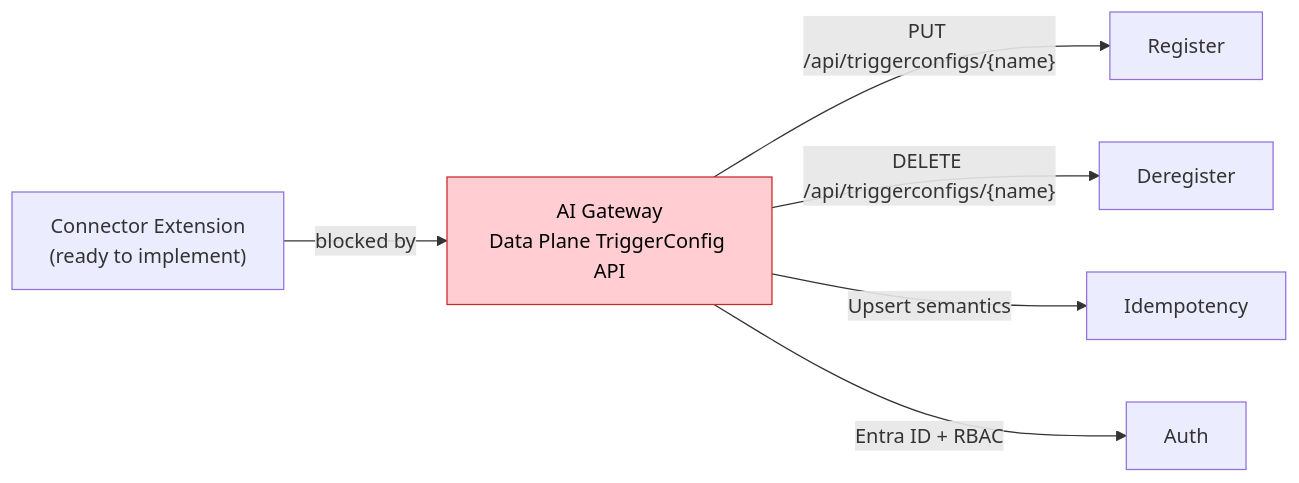
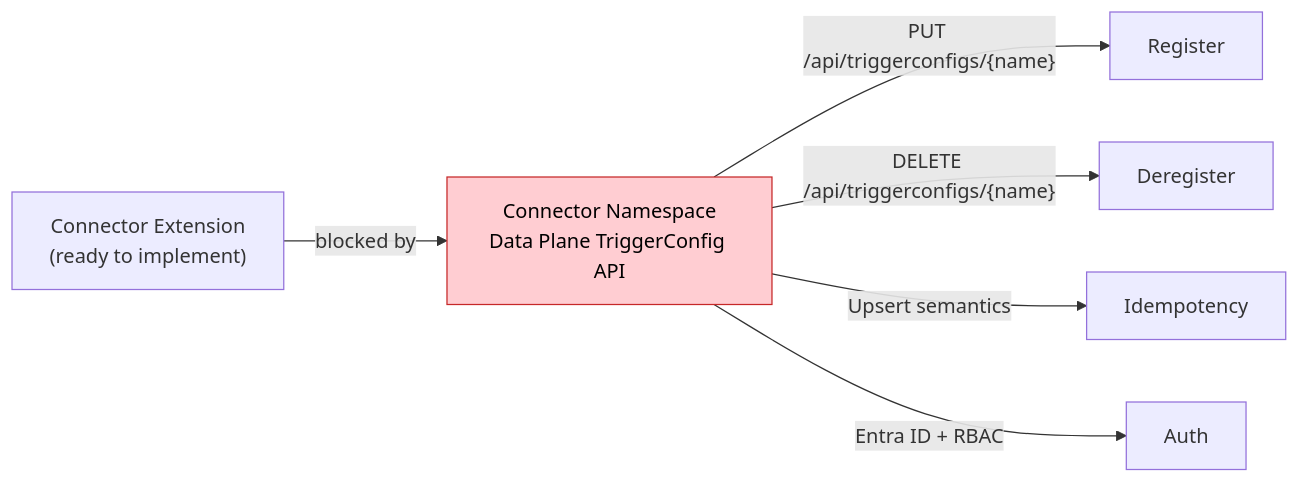
Before and after one commit to Azure/azure-functions-connector-extension: the third of 9 diagrams in docs/webhook-auto-registration-design.md, drawn with Mermaid. The commit also changed other lines of this file and 3 other files, not shown here.

````diff
--- a/docs/webhook-auto-registration-design.md
+++ b/docs/webhook-auto-registration-design.md
@@ -89,10 +94,10 @@
 ```mermaid
 flowchart LR
-    A["Connector Extension<br/>(ready to implement)"] -->|"blocked by"| B["AI Gateway<br/>Data Plane TriggerConfig API"]
+    A["Connector Extension<br/>(ready to implement)"] -->|"blocked by"| B["Connector Namespace<br/>Data Plane TriggerConfig API"]
     B -->|"PUT /api/triggerconfigs/{name}"| C["Register"]
     B -->|"DELETE /api/triggerconfigs/{name}"| D["Deregister"]
     B -->|"Upsert semantics"| E["Idempotency"]
     B -->|"Entra ID + RBAC"| F["Auth"]
 
     style B fill:#ffcdd2,stroke:#c62828,color:#000
 ```
````
